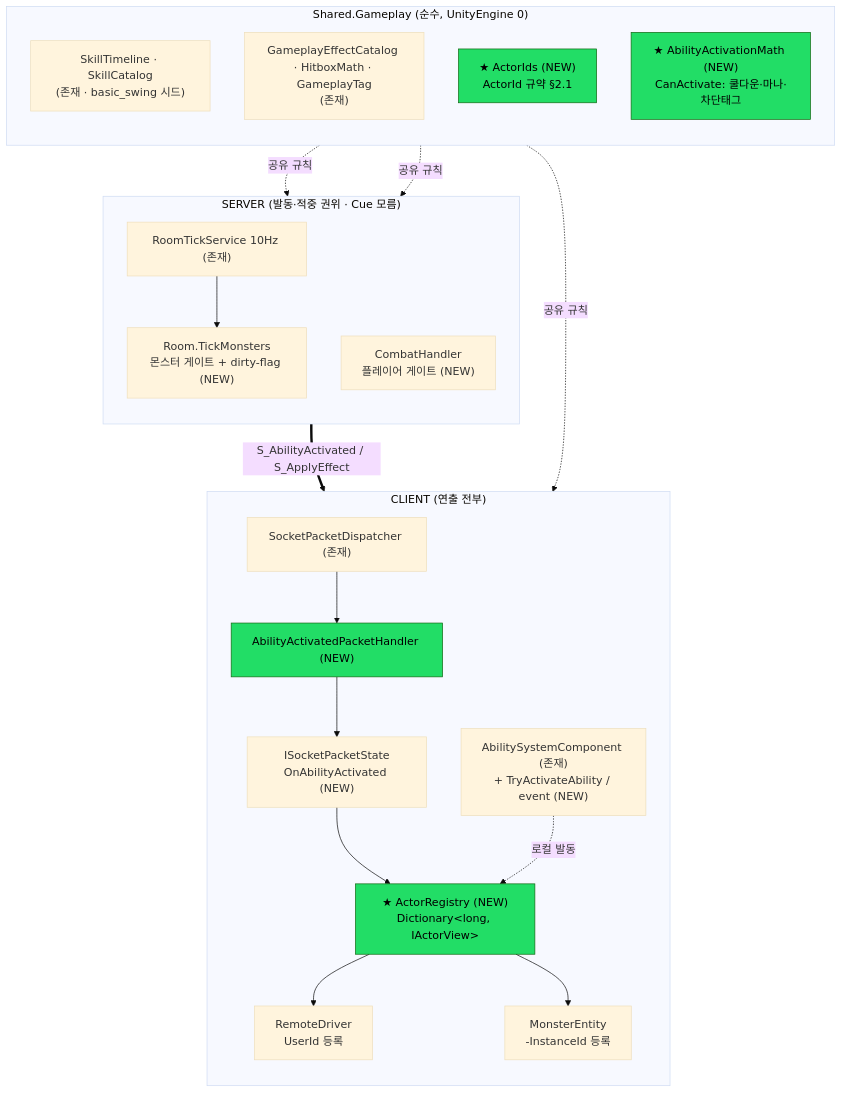
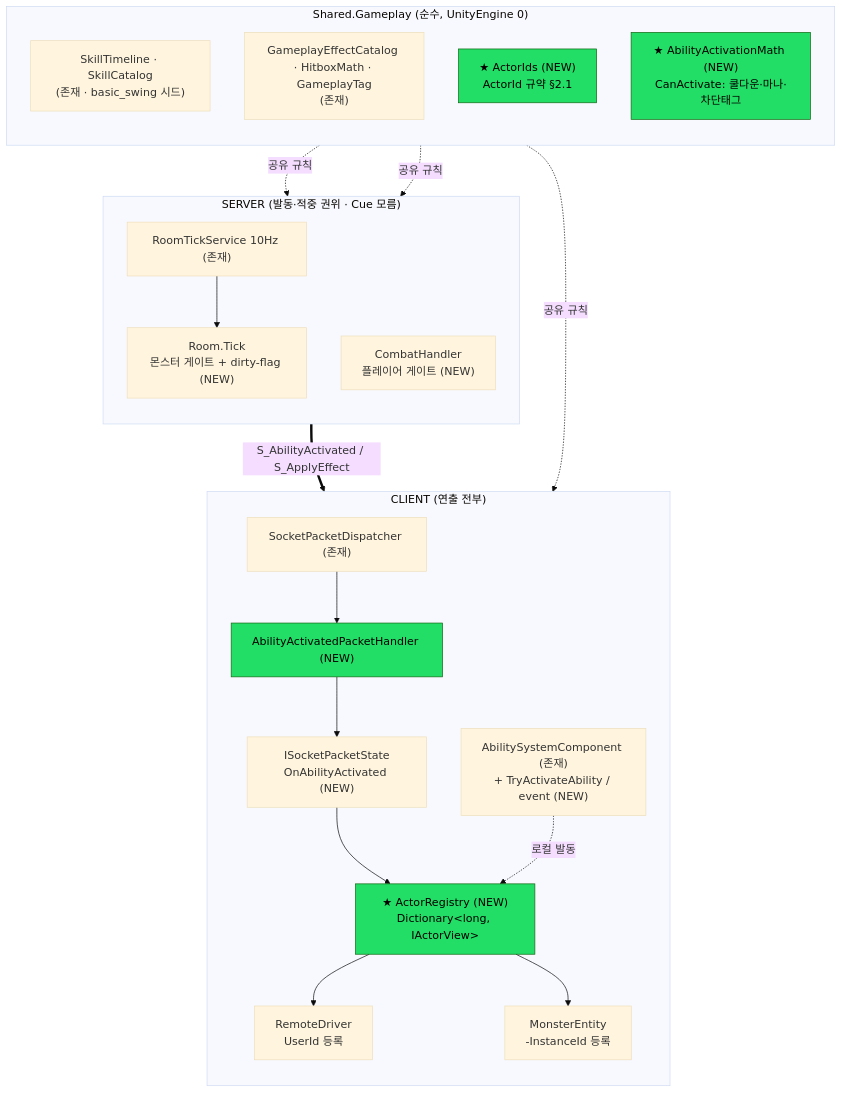
One commit to SeoBYP/Multiplay-ActionRPG-Unity changed the second of 7 diagrams in docs/wiki/actor-combat-architecture.md. Above: the diagram before and after it, drawn with Mermaid (base theme). The commit also changed other lines of this file and 89 other files, not shown here.

````diff
--- a/docs/wiki/actor-combat-architecture.md
+++ b/docs/wiki/actor-combat-architecture.md
@@ -160,41 +160,41 @@
 ```mermaid
 flowchart TB
     subgraph SH["Shared.Gameplay (순수, UnityEngine 0)"]
         direction TB
         SK["SkillTimeline · SkillCatalog<br/>(존재 · basic_swing 시드)"]
         EC["GameplayEffectCatalog · HitboxMath · GameplayTag<br/>(존재)"]
         AID["★ ActorIds (NEW)<br/>ActorId 규약 §2.1"]
         AAM["★ AbilityActivationMath (NEW)<br/>CanActivate: 쿨다운·마나·차단태그"]
     end
 
     subgraph CL["CLIENT (연출 전부)"]
         direction TB
         CDisp["SocketPacketDispatcher (존재)"]
         CHand["AbilityActivatedPacketHandler (NEW)"]
         CState["ISocketPacketState<br/>OnAbilityActivated (NEW)"]
         AReg["★ ActorRegistry (NEW)<br/>Dictionary&lt;long, IActorView&gt;"]
         RD["RemoteDriver<br/>UserId 등록"]
         ME["MonsterEntity<br/>-InstanceId 등록"]
         ASC["AbilitySystemComponent (존재)<br/>+ TryActivateAbility / event (NEW)"]
         CDisp --> CHand --> CState --> AReg
         AReg --> RD
         AReg --> ME
         ASC -. 로컬 발동 .-> AReg
     end
 
     subgraph SV["SERVER (발동·적중 권위 · Cue 모름)"]
         direction TB
         RTS["RoomTickService 10Hz (존재)"]
-        RT["Room.TickMonsters<br/>몬스터 게이트 + dirty-flag (NEW)"]
+        RT["Room.Tick<br/>몬스터 게이트 + dirty-flag (NEW)"]
         CH["CombatHandler<br/>플레이어 게이트 (NEW)"]
         RTS --> RT
     end
 
     AAM -. 공유 규칙 .-> ASC
     AAM -. 공유 규칙 .-> CH
     AAM -. 공유 규칙 .-> RT
     SV ==>|"S_AbilityActivated / S_ApplyEffect"| CDisp
 
     classDef newNode fill:#2d6,stroke:#161,color:#000;
     class AID,AAM,AReg,CHand newNode;
 ```
````
